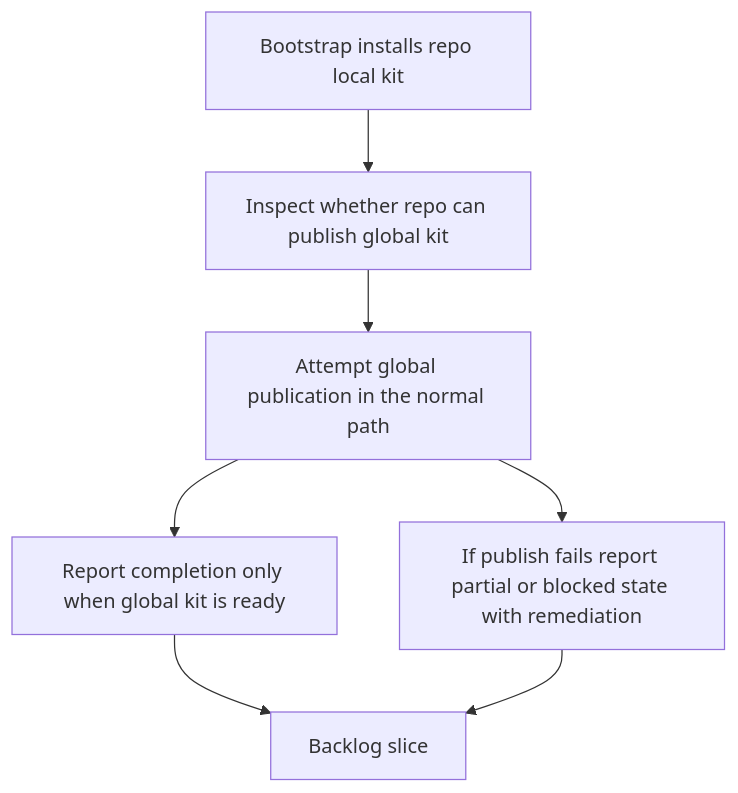
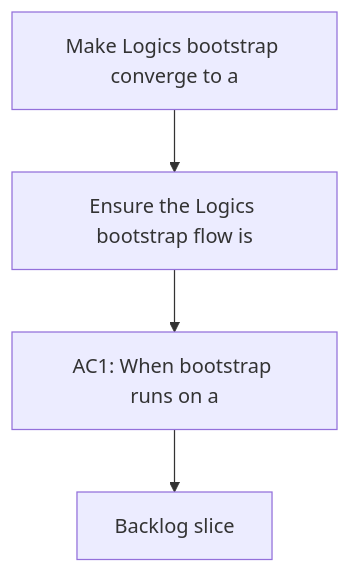
The diagram in logics/request/req_101_make_logics_bootstrap_converge_to_a_ready_global_kit_before_reporting_completion.md (AlexAgo83/logics-manager), drawn with Mermaid before and after one commit. The commit also changed 481 other files, not shown here.

````diff
--- a/logics/request/req_101_make_logics_bootstrap_converge_to_a_ready_global_kit_before_reporting_completion.md
+++ b/logics/request/req_101_make_logics_bootstrap_converge_to_a_ready_global_kit_before_reporting_completion.md
@@ -37,11 +37,8 @@
 ```mermaid
 %% logics-kind: request
 %% logics-signature: request|make-logics-bootstrap-converge-to-a-read|ensure-the-logics-bootstrap-flow-is|ac1-when-bootstrap-runs-on-a
 flowchart TD
-    Trigger[Bootstrap installs repo local kit] --> Inspect[Inspect whether repo can publish global kit]
-    Inspect --> Publish[Attempt global publication in the normal path]
-    Publish --> Ready[Report completion only when global kit is ready]
-    Publish --> Repair[If publish fails report partial or blocked state with remediation]
-    Ready --> Backlog[Backlog slice]
-    Repair --> Backlog
+    Trigger[Make Logics bootstrap converge to a] --> Need[Ensure the Logics bootstrap flow is]
+    Need --> Outcome[AC1: When bootstrap runs on a]
+    Outcome --> Backlog[Backlog slice]
 ```
````
